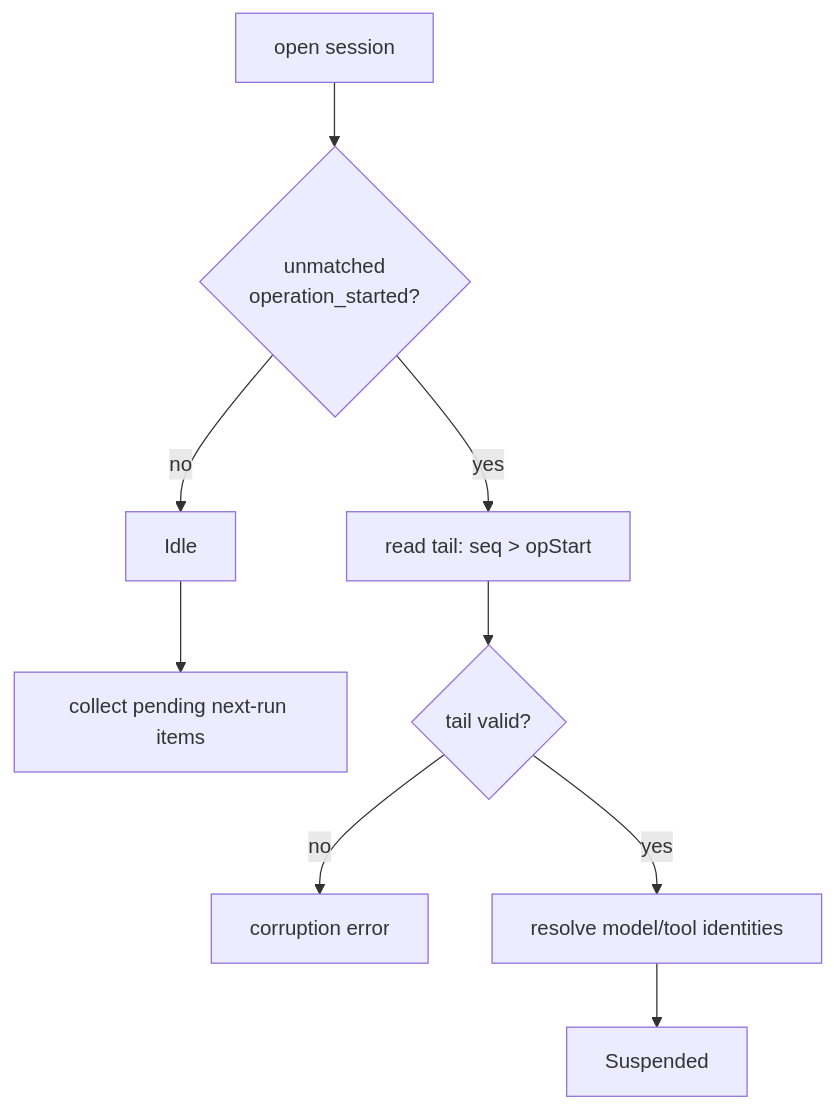
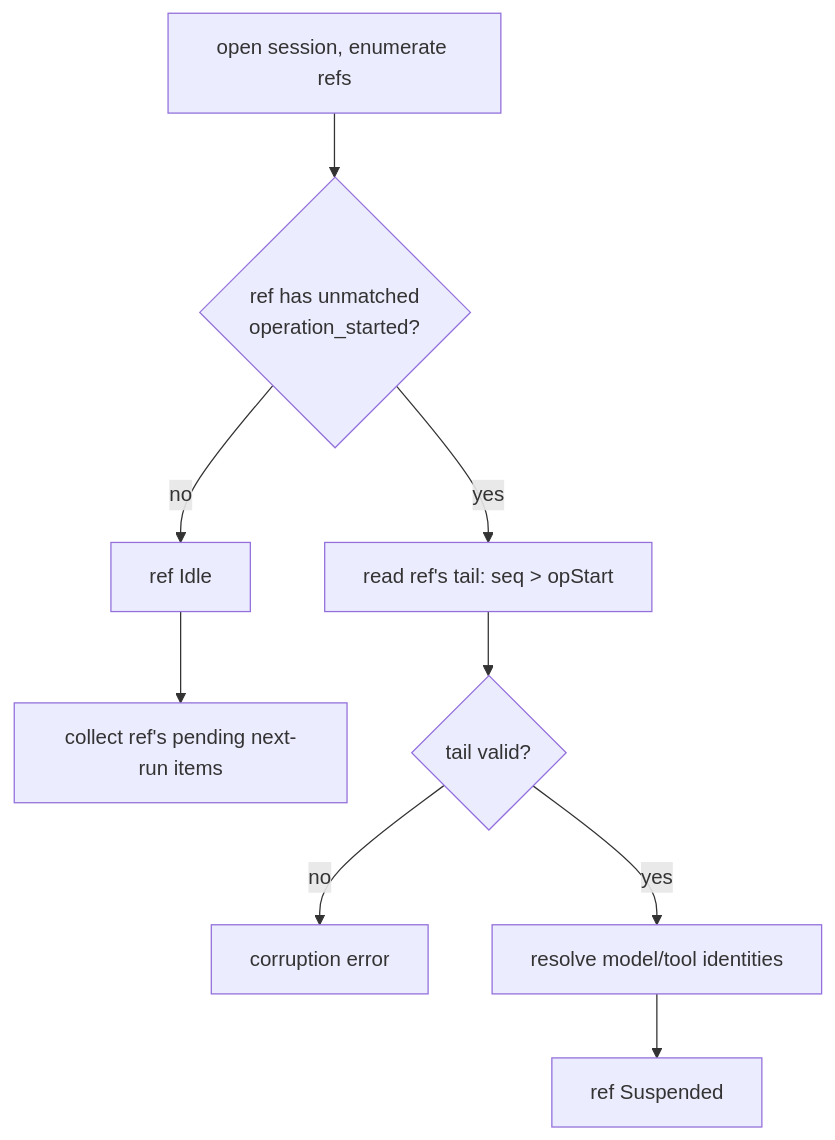
One commit to 572114585/quanagent-pi changed the sixth of 6 diagrams in packages/agent/docs/harness.md. Above: the diagram before and after it, drawn with Mermaid. The commit also changed other lines of this file, not shown here.

First line of the commit message:
docs(agent): add refs to harness design

````diff
--- a/packages/agent/docs/harness.md
+++ b/packages/agent/docs/harness.md
@@ -1397,11 +1532,11 @@
 ```mermaid
 flowchart TD
-    O[open session] --> A{unmatched<br/>operation_started?}
-    A -->|no| I[Idle]
-    I --> NR[collect pending next-run items]
-    A -->|yes| T[read tail: seq > opStart]
+    O[open session, enumerate refs] --> A{ref has unmatched<br/>operation_started?}
+    A -->|no| I[ref Idle]
+    I --> NR[collect ref's pending next-run items]
+    A -->|yes| T[read ref's tail: seq > opStart]
     T --> V{tail valid?}
     V -->|no| X[corruption error]
     V -->|yes| M[resolve model/tool identities]
-    M --> S[Suspended]
+    M --> S[ref Suspended]
 ```
````
